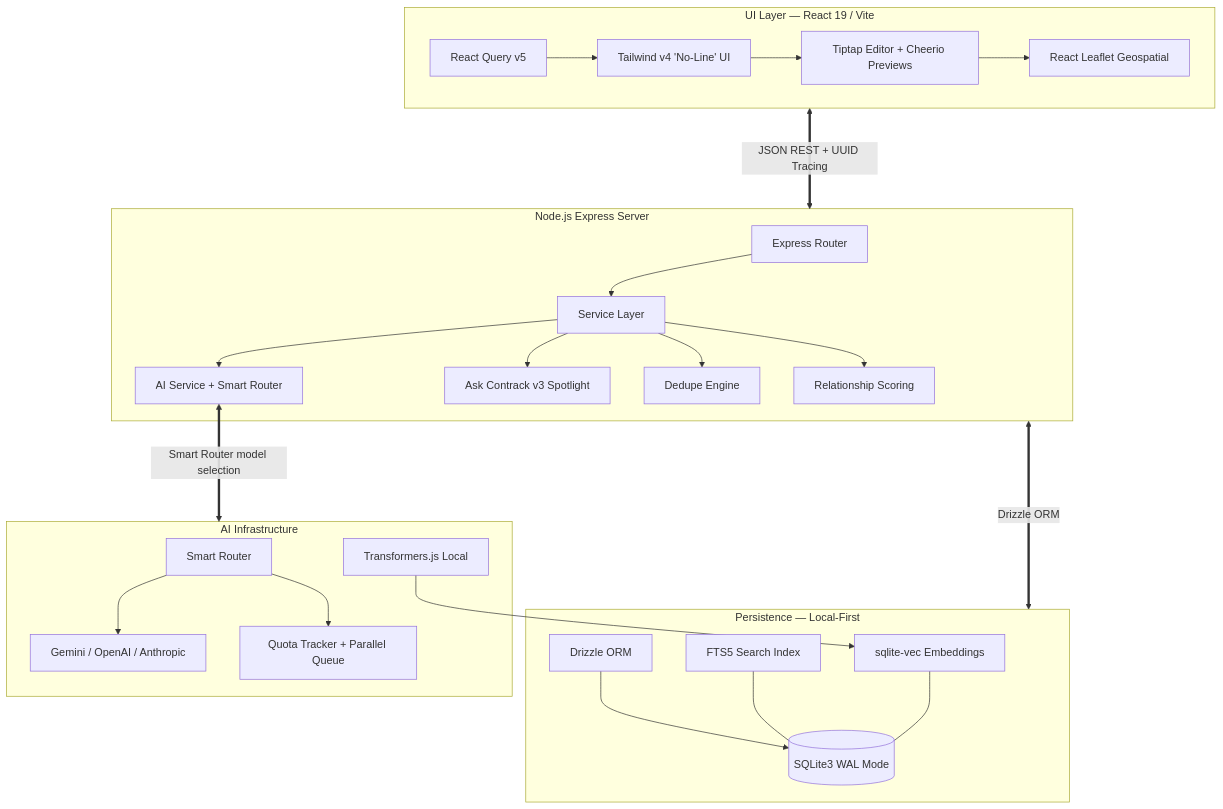
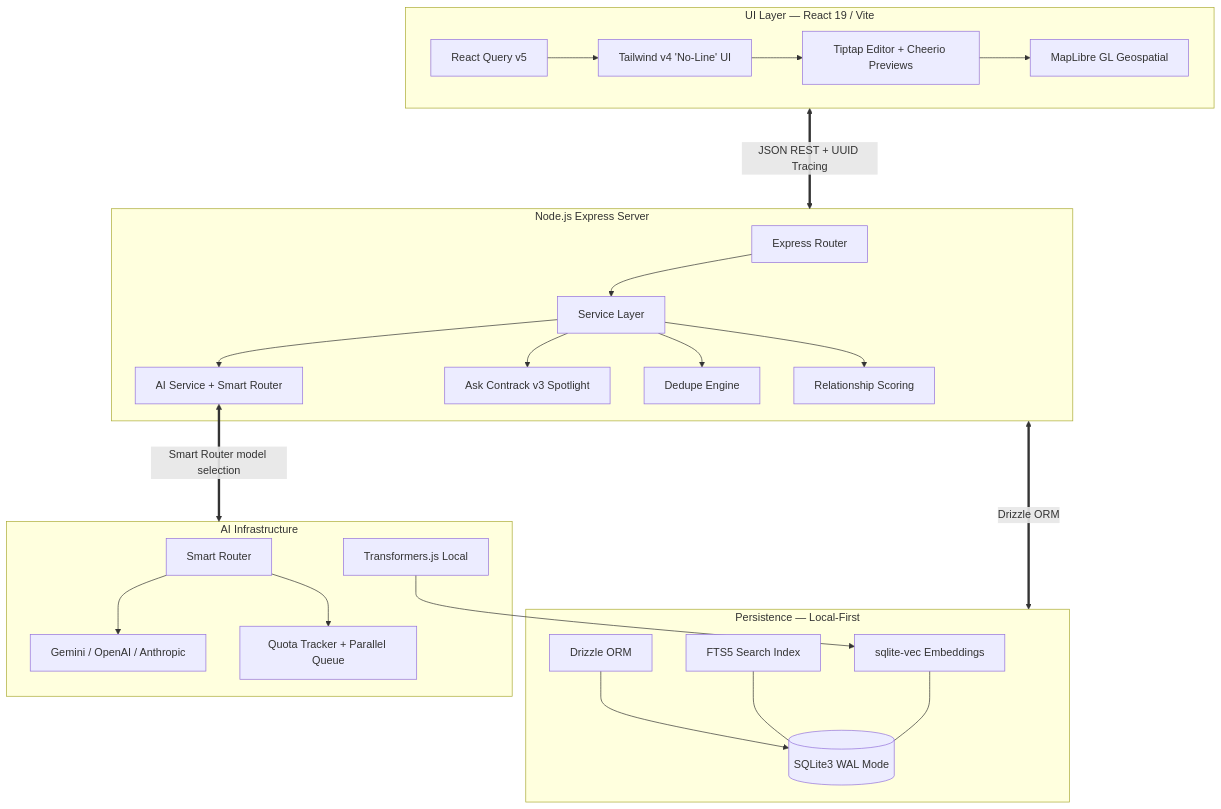
Before and after one commit to arvarik/contrack: the diagram in README.md, drawn with Mermaid. The commit also changed other lines of this file and 49 other files, not shown here.

First line of the commit message:
Draw the map with MapLibre on OpenFreeMap vector tiles

````diff
--- a/README.md
+++ b/README.md
@@ -264,33 +264,33 @@
 ```mermaid
 graph TD
     subgraph Frontend ["UI Layer — React 19 / Vite"]
         RQ["React Query v5"] --> TW["Tailwind v4 'No-Line' UI"]
         TW --> TT["Tiptap Editor + Cheerio Previews"]
-        TT --> Map["React Leaflet Geospatial"]
+        TT --> Map["MapLibre GL Geospatial"]
     end
 
     subgraph Backend ["Node.js Express Server"]
         EX["Express Router"] --> SVC["Service Layer"]
         SVC --> AI["AI Service + Smart Router"]
         SVC --> SRCH["Ask Contrack v3 Spotlight"]
         SVC --> DDP["Dedupe Engine"]
         SVC --> REL["Relationship Scoring"]
     end
 
     subgraph Storage ["Persistence — Local-First"]
         SQL[("SQLite3 WAL Mode")]
         DZ["Drizzle ORM"] --> SQL
         FTS["FTS5 Search Index"] --- SQL
         VEC["sqlite-vec Embeddings"] --- SQL
     end
 
     subgraph AILayer ["AI Infrastructure"]
         SR["Smart Router"] --> Adapters["Gemini / OpenAI / Anthropic"]
         SR --> QT["Quota Tracker + Parallel Queue"]
         LE["Transformers.js Local"] --> VEC
     end
 
     Frontend <===>|"JSON REST + UUID Tracing"| Backend
     AI <===>|"Smart Router model selection"| AILayer
     Backend <===>|"Drizzle ORM"| Storage
 ```
````
